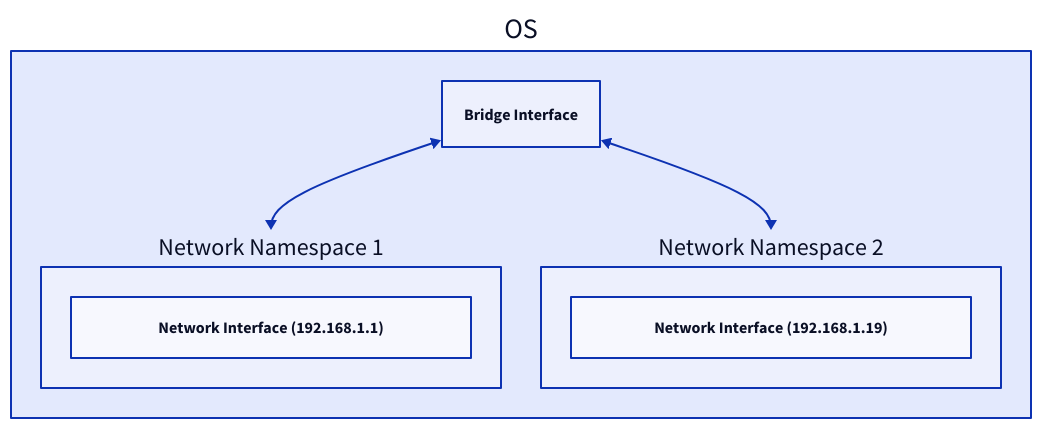
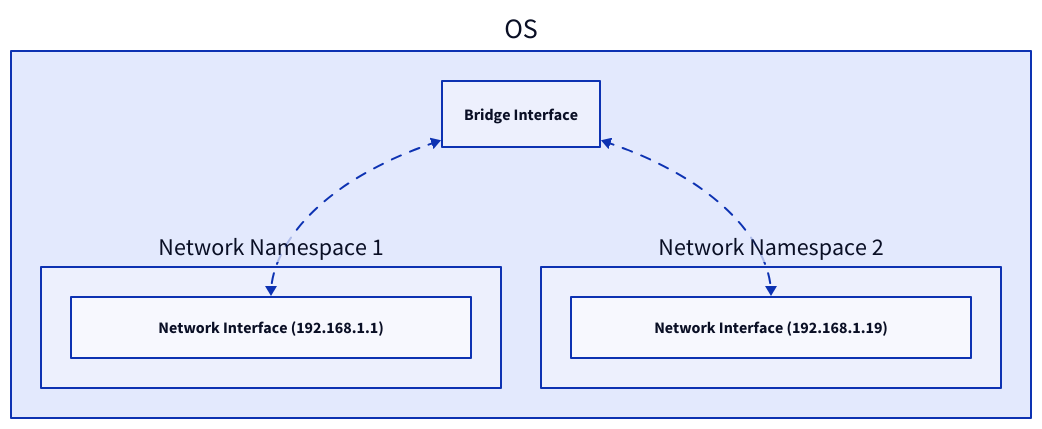
One commit to link1905/system-design-101 changed diagram 12 of 26 in content/docs/system-administration/system-deployment/containerization.md. Above: the diagram before and after it, drawn with D2. The commit also changed other lines of this file and 21 other files, not shown here.

````diff
--- a/content/docs/system-administration/system-deployment/containerization.md
+++ b/content/docs/system-administration/system-deployment/containerization.md
@@ -376,21 +397,25 @@
 ```d2
 OS {
   ns1: "Network Namespace 1" {
       ni: "Network Interface (192.168.1.1)" {
           class: ni
           width: 400
       }
   }
   ns2: "Network Namespace 2" {
       ni: "Network Interface (192.168.1.19)" {
           class: ni
           width: 400
       }
   }
   b: Bridge Interface {
       class: ni
   }
-  b <-> ns1
-  b <-> ns2
+  b <-> ns1.ni {
+    style.animated: true
+  }
+  b <-> ns2.ni {
+    style.animated: true
+  }
 }
 ```
````
